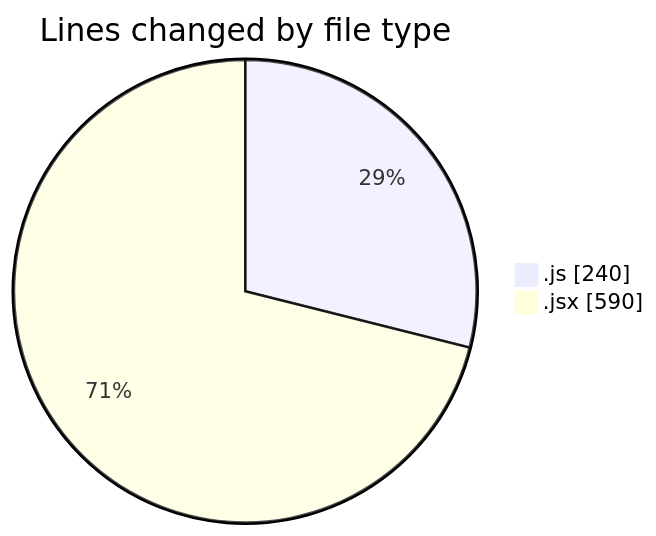
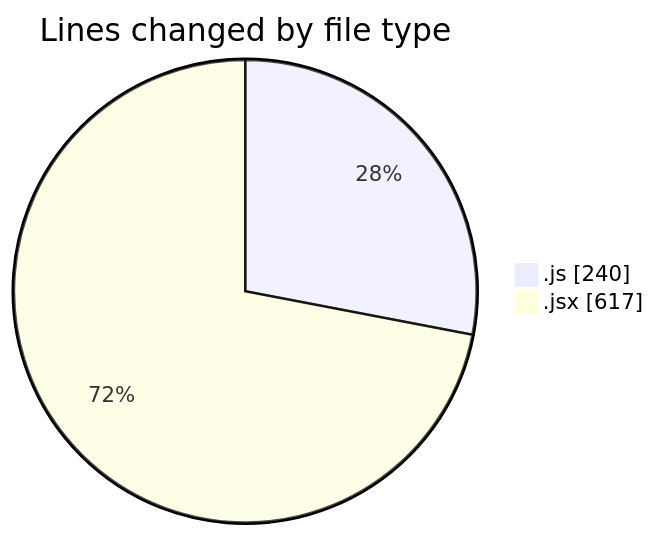
One commit to nxtqubesakshisongat/code-tracking changed the first of 2 diagrams in 2026-01-19/nxtqube_webapp/README.md. Above: the diagram before and after it, drawn with Mermaid. The commit also changed other lines of this file and 1 other file, not shown here.

````diff
--- a/2026-01-19/nxtqube_webapp/README.md
+++ b/2026-01-19/nxtqube_webapp/README.md
@@ -25,6 +25,6 @@
 ```mermaid
 pie showData
 title Lines changed by file type
 ".js" : 240
-".jsx" : 590
+".jsx" : 617
 ```
````
